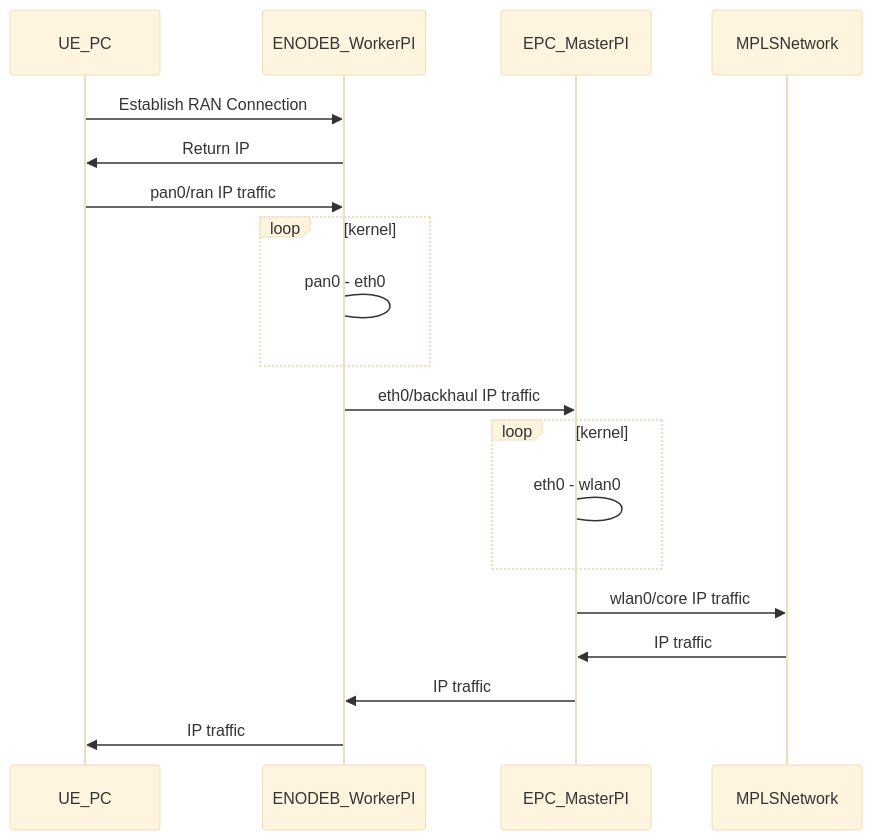
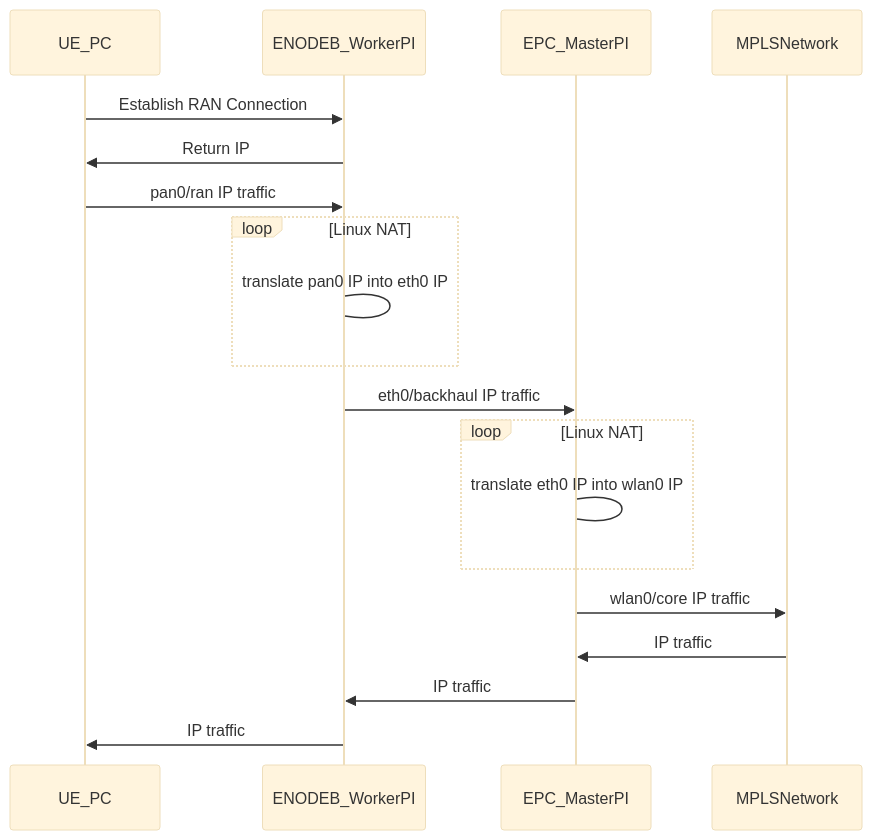
The diagram in content/lte_to_5g/rpi_bluetooth_pan/_index.en.md (turing-machines/docs), drawn with Mermaid (base theme) before and after one commit. The commit also changed other lines of this file and 23 other files, not shown here.

```diff
--- a/content/lte_to_5g/rpi_bluetooth_pan/_index.en.md
+++ b/content/lte_to_5g/rpi_bluetooth_pan/_index.en.md
@@ -12,21 +12,21 @@
 {{<mermaid>}}
 sequenceDiagram
     participant UE_PC
     participant ENODEB_WorkerPI
     participant EPC_MasterPI
     participant MPLSNetwork
     UE_PC->>ENODEB_WorkerPI: Establish RAN Connection
     ENODEB_WorkerPI->>UE_PC: Return IP
     UE_PC->>ENODEB_WorkerPI: pan0/ran IP traffic
-    loop kernel
-        ENODEB_WorkerPI->ENODEB_WorkerPI: pan0 - eth0 
+    loop Linux NAT
+        ENODEB_WorkerPI->ENODEB_WorkerPI: translate pan0 IP into eth0 IP
     end
     ENODEB_WorkerPI->>EPC_MasterPI: eth0/backhaul IP traffic
-    loop kernel
-        EPC_MasterPI->EPC_MasterPI: eth0 - wlan0 
+    loop Linux NAT
+        EPC_MasterPI->EPC_MasterPI: translate eth0 IP into wlan0 IP
     end
     EPC_MasterPI->>MPLSNetwork: wlan0/core IP traffic
     MPLSNetwork->>EPC_MasterPI: IP traffic
     EPC_MasterPI->>ENODEB_WorkerPI: IP traffic
     ENODEB_WorkerPI->>UE_PC: IP traffic
 {{< /mermaid >}}
```
